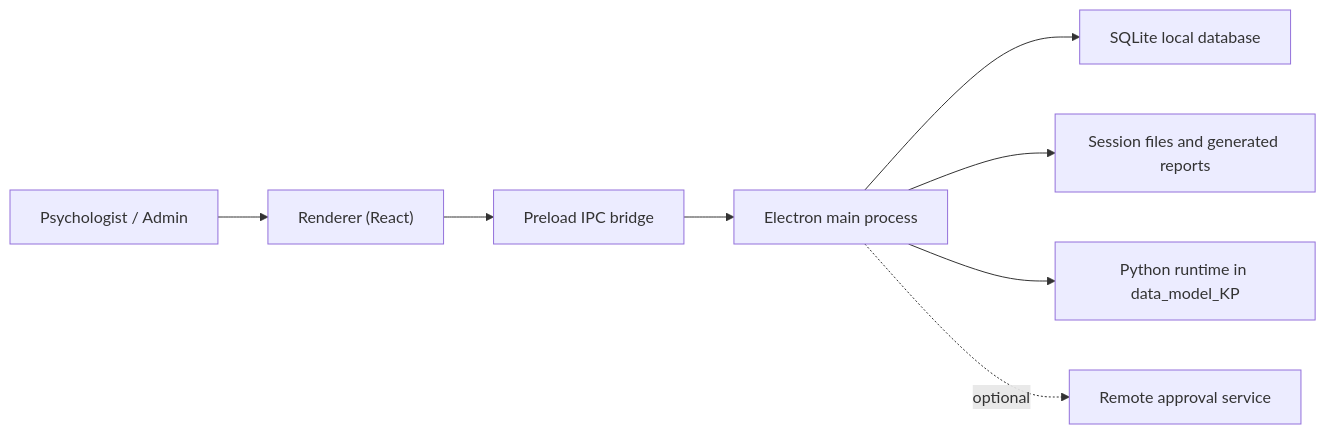
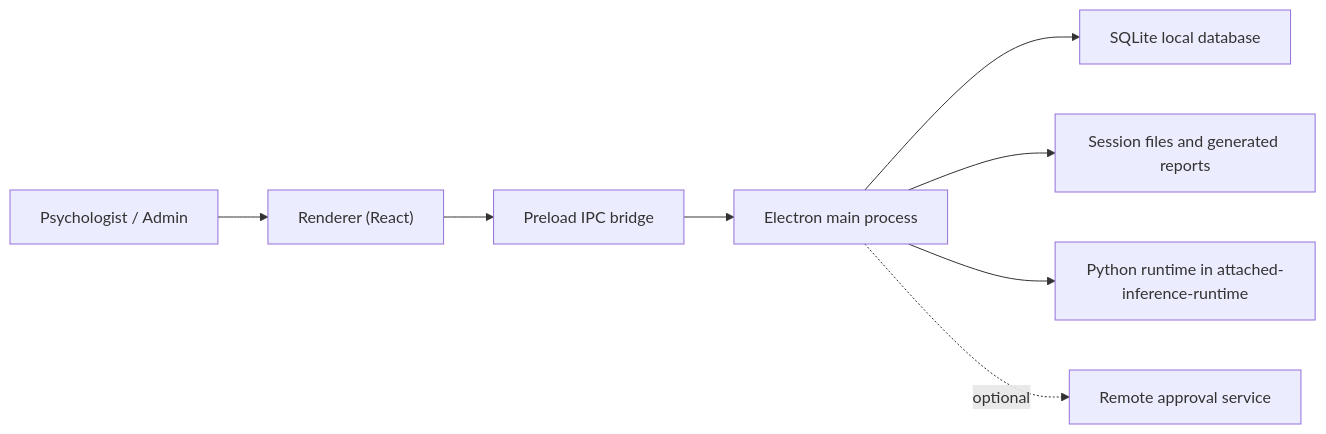
Before and after one commit to crlnravel/KP-Attached: the diagram in docs/architecture.md, drawn with Mermaid. The commit also changed 9 other files, not shown here.

````diff
--- a/docs/architecture.md
+++ b/docs/architecture.md
@@ -7,10 +7,10 @@
 ```mermaid
 flowchart LR
   U["Psychologist / Admin"] --> R["Renderer (React)"]
   R --> P["Preload IPC bridge"]
   P --> M["Electron main process"]
   M --> DB["SQLite local database"]
   M --> FS["Session files and generated reports"]
-  M --> PY["Python runtime in data_model_KP"]
+  M --> PY["Python runtime in attached-inference-runtime"]
   M -. optional .-> RA["Remote approval service"]
 ```
````
